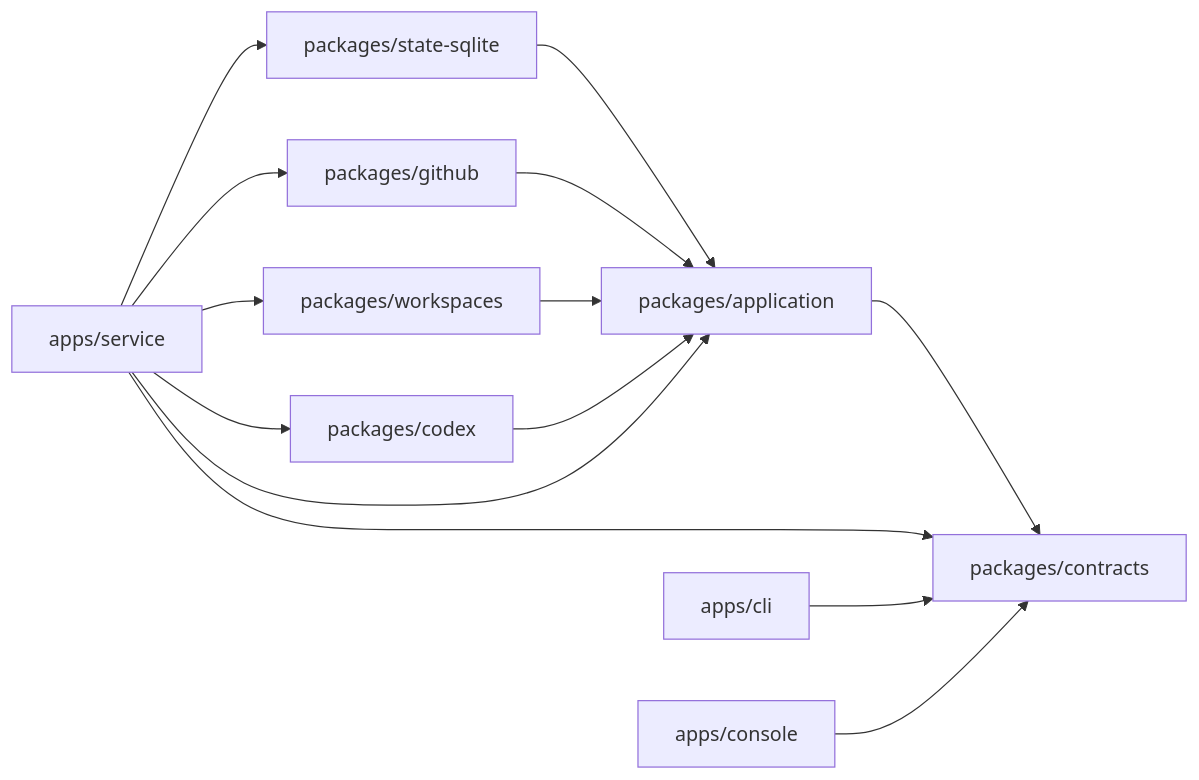
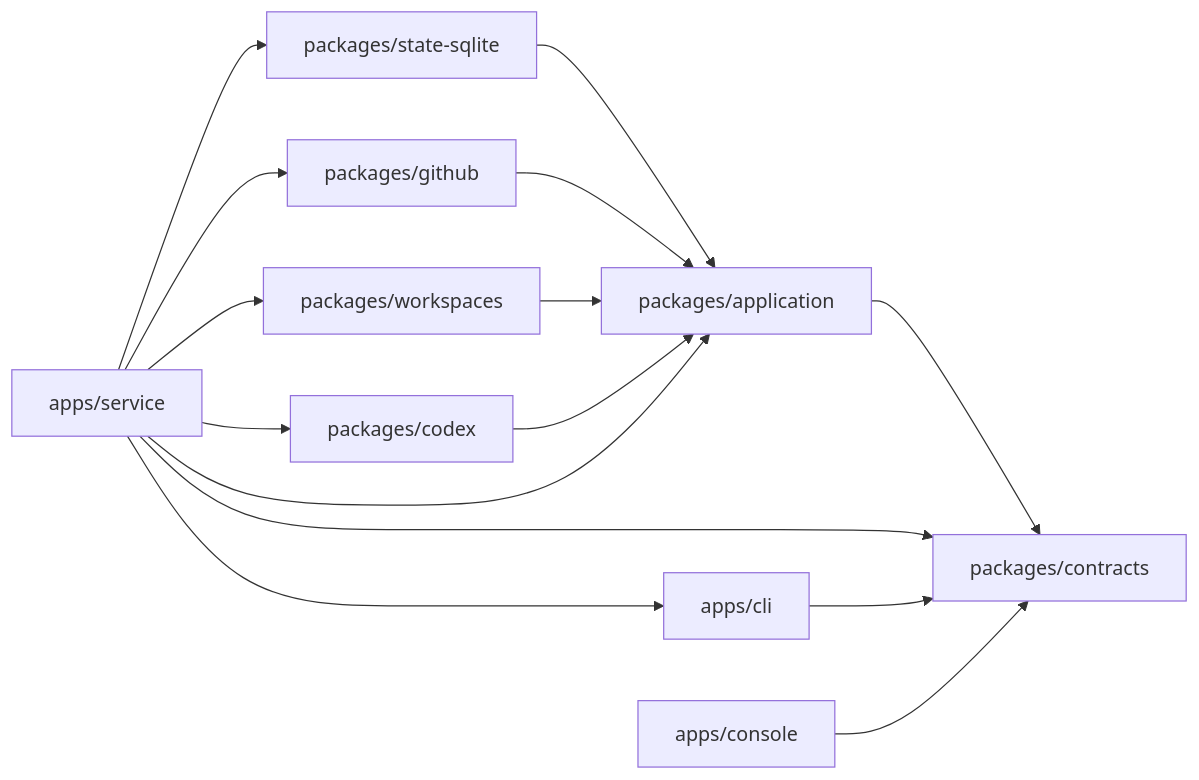
Before and after one commit to alundgren/irudd-factory: the third of 4 diagrams in docs/architecture/c4.md, drawn with Mermaid. The commit also changed other lines of this file and 18 other files, not shown here.

````diff
--- a/docs/architecture/c4.md
+++ b/docs/architecture/c4.md
@@ -70,26 +70,27 @@
 ```mermaid
 flowchart LR
     contracts[packages/contracts]
     application[packages/application]
     sqlite[packages/state-sqlite]
     github[packages/github]
     workspaces[packages/workspaces]
     codex[packages/codex]
     service[apps/service]
     cli[apps/cli]
     console[apps/console]
 
     application --> contracts
     sqlite --> application
     github --> application
     workspaces --> application
     codex --> application
     service --> application
     service --> sqlite
     service --> github
     service --> workspaces
     service --> codex
     service --> contracts
+    service --> cli
     cli --> contracts
     console --> contracts
 ```
````
